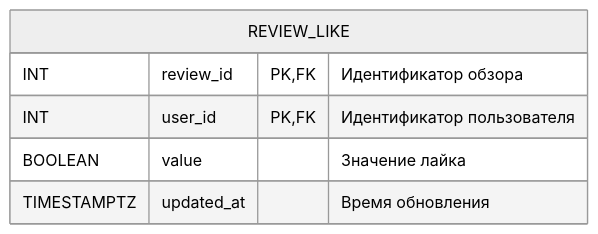
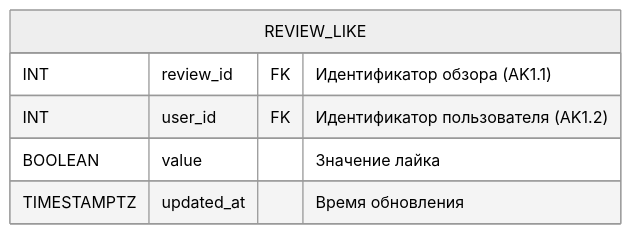
Before and after one commit to go-park-mail-ru/2024_1_Cyberkotletki: diagram 17 of 21 in db/normalized/relations.md, drawn with Mermaid (neutral theme). The commit also changed other lines of this file and 2 other files, not shown here.

````diff
--- a/db/normalized/relations.md
+++ b/db/normalized/relations.md
@@ -310,9 +440,9 @@
 ```mermaid
 erDiagram
     REVIEW_LIKE {
-        INT review_id PK, FK "Идентификатор обзора"
-        INT user_id PK, FK "Идентификатор пользователя"
+        INT review_id FK "Идентификатор обзора  (AK1.1)"
+        INT user_id FK "Идентификатор пользователя (AK1.2)"
         BOOLEAN value "Значение лайка"
         TIMESTAMPTZ updated_at "Время обновления"
     }
 ```
````
